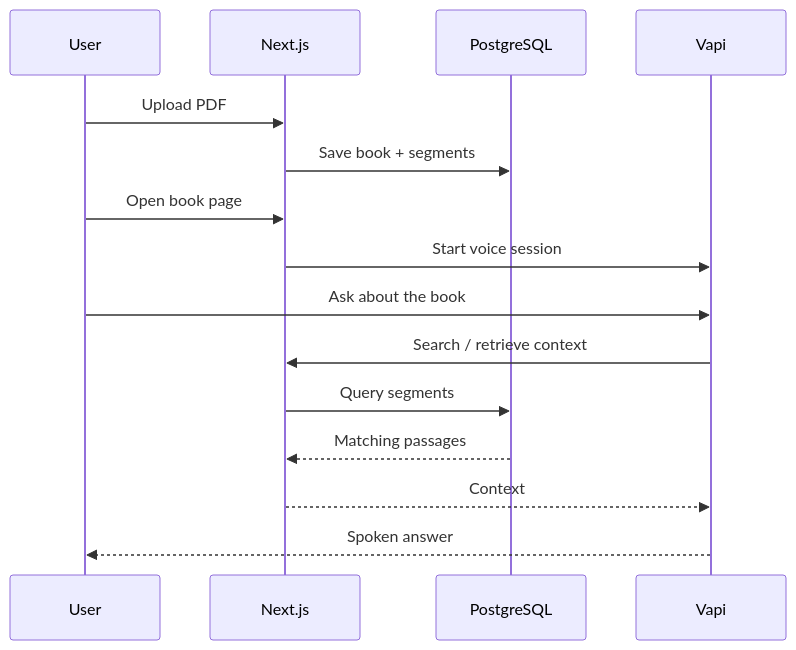
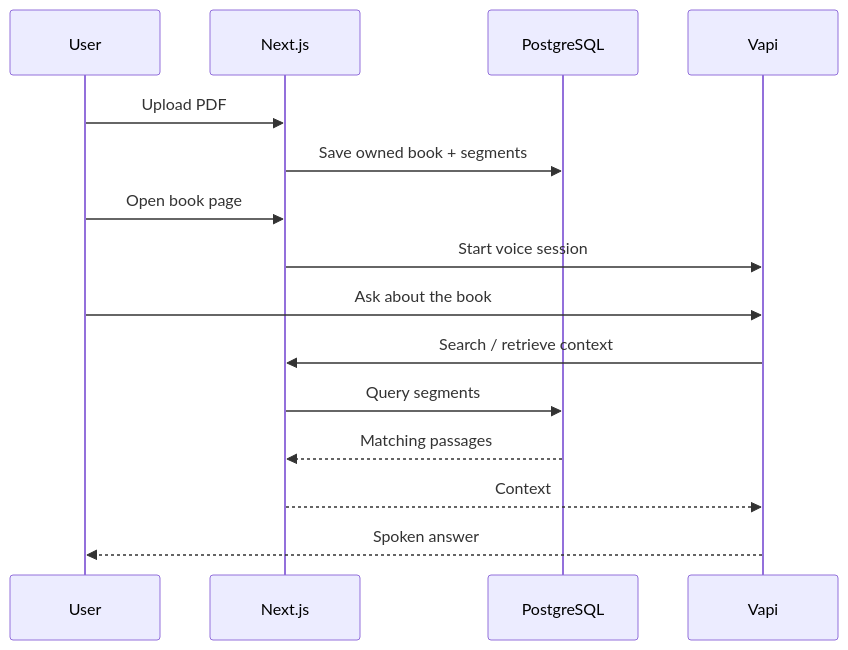
One commit to Bixal99/AIBookAssistant changed the second of 2 diagrams in README.md. Above: the diagram before and after it, drawn with Mermaid. The commit also changed other lines of this file and 86 other files, not shown here.

````diff
--- a/README.md
+++ b/README.md
@@ -125,18 +129,18 @@
 ```mermaid
 sequenceDiagram
   participant User
   participant Next as Next.js
   participant PG as PostgreSQL
   participant Vapi
 
   User->>Next: Upload PDF
-  Next->>PG: Save book + segments
+  Next->>PG: Save owned book + segments
   User->>Next: Open book page
   Next->>Vapi: Start voice session
   User->>Vapi: Ask about the book
   Vapi->>Next: Search / retrieve context
   Next->>PG: Query segments
   PG-->>Next: Matching passages
   Next-->>Vapi: Context
   Vapi-->>User: Spoken answer
 ```
````
